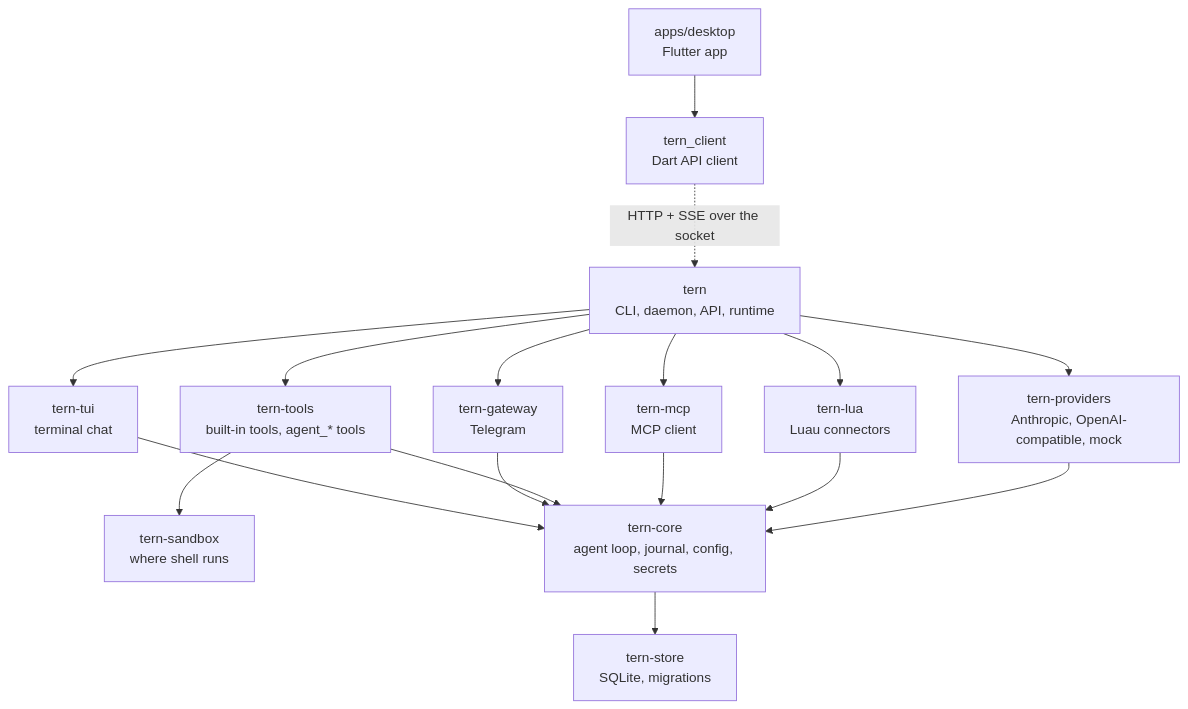
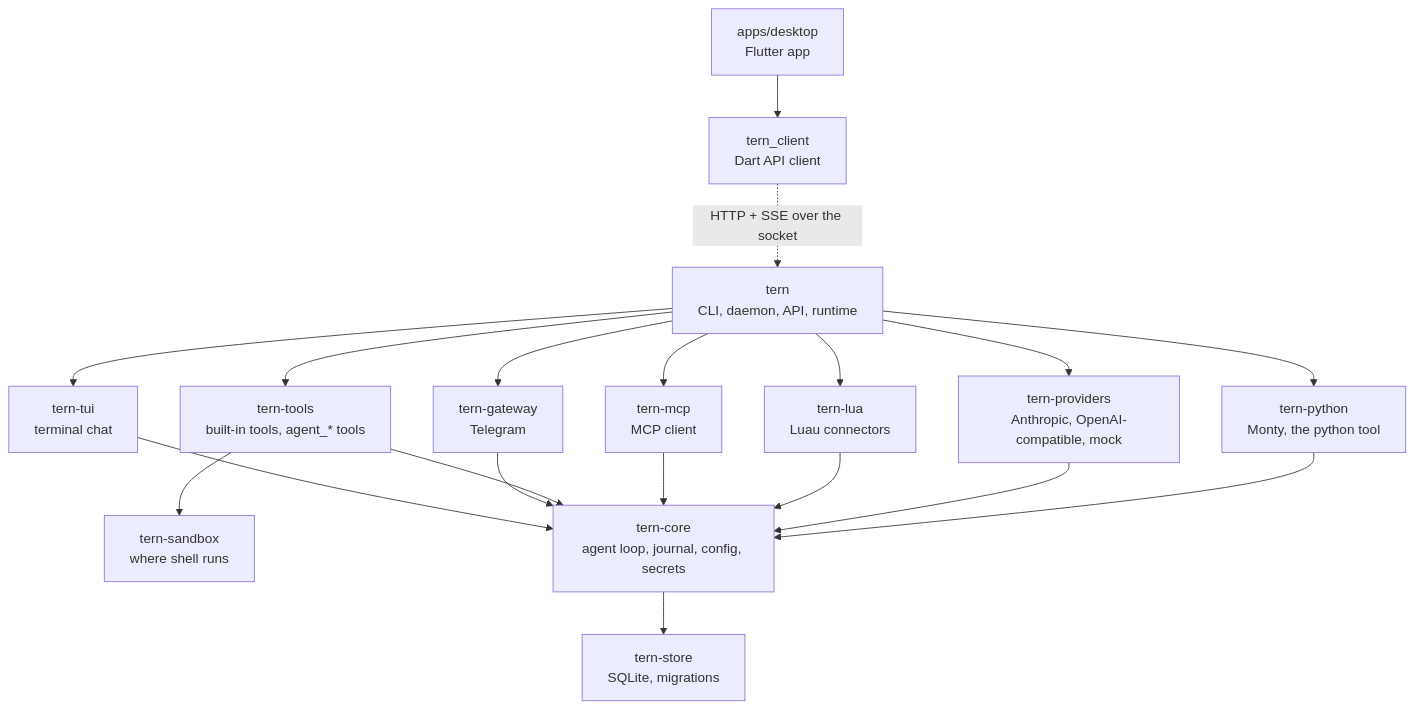
One commit to mitchellalderson/tern-agent changed the fifth of 5 diagrams in README.md. Above: the diagram before and after it, drawn with Mermaid. The commit also changed other lines of this file, not shown here.

Commit message:
README: agents and starters, provider presets, scoped approvals, python tool, channels now built; shorter first-run path

````diff
--- a/README.md
+++ b/README.md
@@ -202,21 +219,22 @@
 ```mermaid
 flowchart TB
     tern["tern<br/>CLI, daemon, API, runtime"]
     tui["tern-tui<br/>terminal chat"]
     gateway["tern-gateway<br/>Telegram"]
     tools["tern-tools<br/>built-in tools, agent_* tools"]
+    python["tern-python<br/>Monty, the python tool"]
     mcp["tern-mcp<br/>MCP client"]
     lua["tern-lua<br/>Luau connectors"]
     providers["tern-providers<br/>Anthropic, OpenAI-compatible, mock"]
     sandbox["tern-sandbox<br/>where shell runs"]
     core["tern-core<br/>agent loop, journal, config, secrets"]
     store["tern-store<br/>SQLite, migrations"]
 
-    tern --> tui & gateway & tools & mcp & lua & providers
-    tui & gateway & tools & mcp & lua & providers --> core
+    tern --> tui & gateway & tools & mcp & lua & providers & python
+    tui & gateway & tools & mcp & lua & providers & python --> core
     tools --> sandbox
     core --> store
 
     dart["apps/desktop<br/>Flutter app"] --> client["tern_client<br/>Dart API client"]
     client -. "HTTP + SSE over the socket" .-> tern
 ```
````
